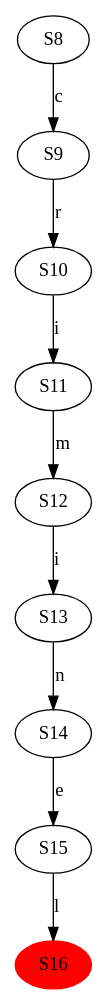
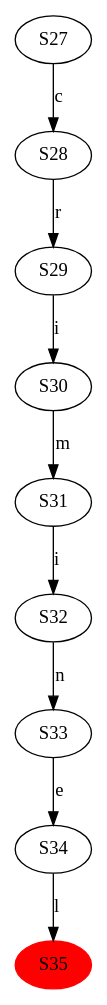
One commit to Adpa18/RushHell changed the diagram in purgatory/etape6/criminel.dot. Above: the diagram before and after it, drawn with Graphviz. The commit also changed 10 other files, not shown here.

```diff
--- a/purgatory/etape6/criminel.dot
+++ b/purgatory/etape6/criminel.dot
@@ -1,11 +1,11 @@
 digraph fsa {
-  S8 -> S9 [label="c"];
-  S9 -> S10 [label="r"];
-  S10 -> S11 [label="i"];
-  S11 -> S12 [label="m"];
-  S12 -> S13 [label="i"];
-  S13 -> S14 [label="n"];
-  S14 -> S15 [label="e"];
-  S15 -> S16 [label="l"];
-  S16 [style="filled" color="red"]
+  S27 -> S28 [label="c"];
+  S28 -> S29 [label="r"];
+  S29 -> S30 [label="i"];
+  S30 -> S31 [label="m"];
+  S31 -> S32 [label="i"];
+  S32 -> S33 [label="n"];
+  S33 -> S34 [label="e"];
+  S34 -> S35 [label="l"];
+  S35 [style="filled" color="red"]
 }
```
